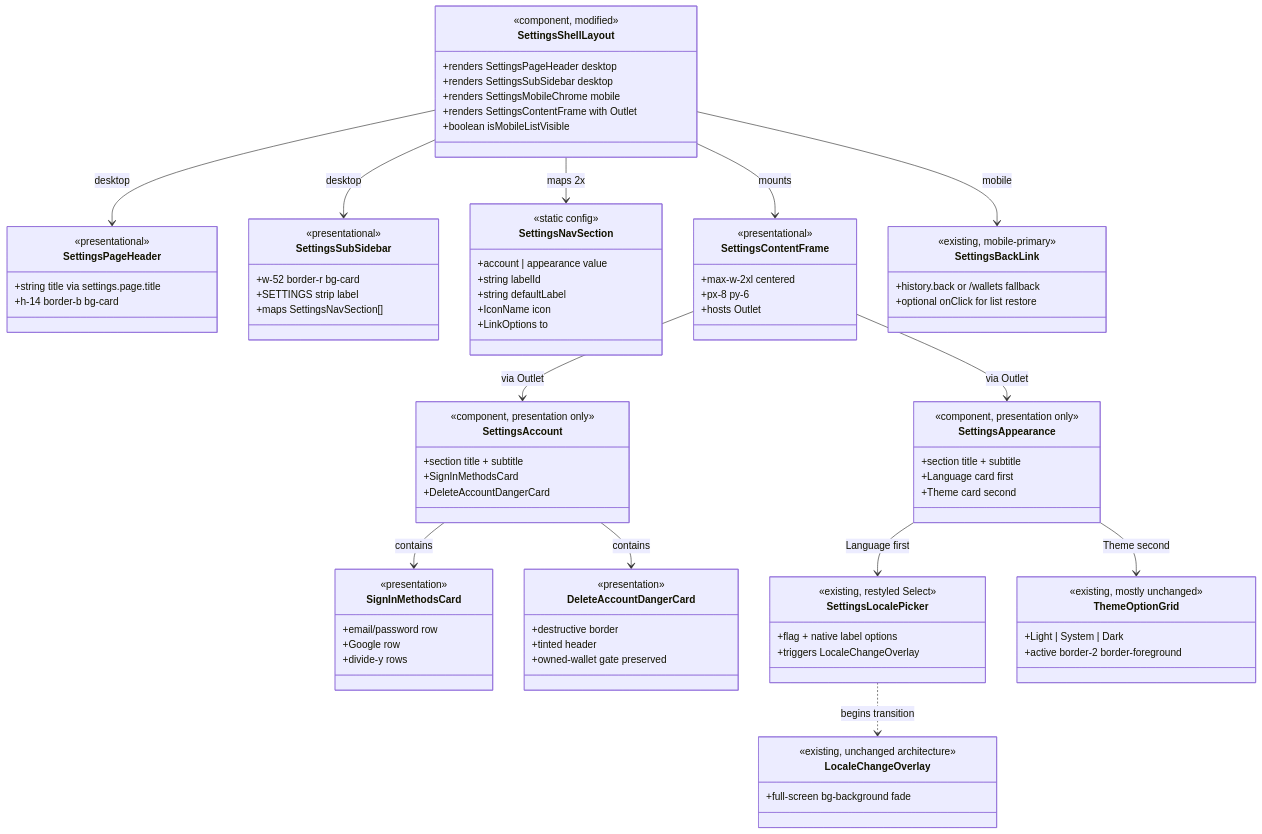
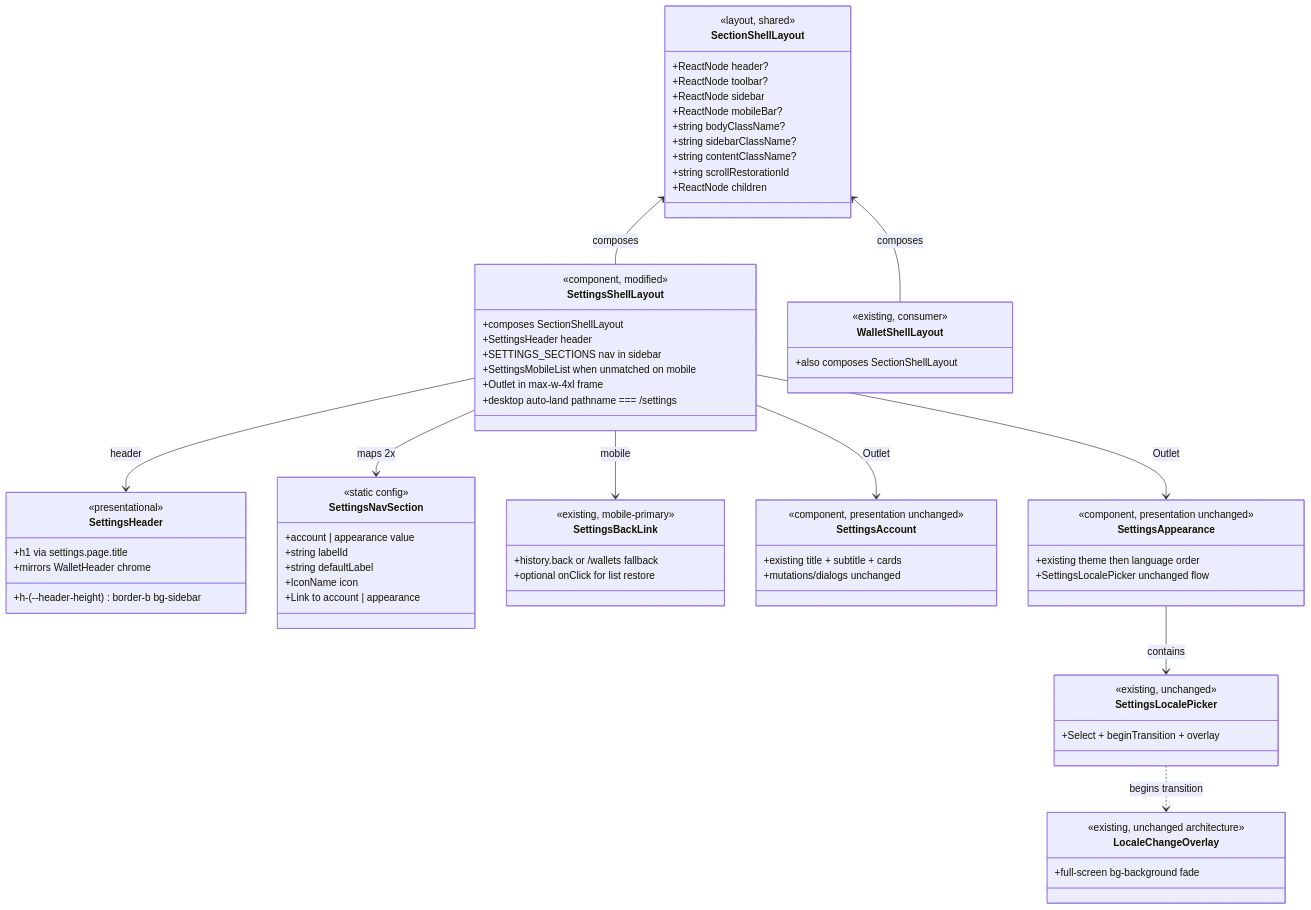
Before and after one commit to vhnam/ledger-box: the diagram in docs/spdd/prompt/GGQPA-XXX-202608080208-[Refactor]-ui-app-settings-layout.md, drawn with Mermaid. The commit also changed other lines of this file, not shown here.

Commit message:
docs: update GGQPA-XXX-202608080208-[Refactor]-ui-app-settings-layout

````diff
--- a/docs/spdd/prompt/GGQPA-XXX-202608080208-[Refactor]-ui-app-settings-layout.md
+++ b/docs/spdd/prompt/GGQPA-XXX-202608080208-[Refactor]-ui-app-settings-layout.md
@@ -10,26 +14,34 @@
 classDiagram
 direction TB
 
+class SectionShellLayout {
+    <<layout, shared>>
+    +ReactNode header?
+    +ReactNode toolbar?
+    +ReactNode sidebar
+    +ReactNode mobileBar?
+    +string bodyClassName?
+    +string sidebarClassName?
+    +string contentClassName?
+    +string scrollRestorationId
+    +ReactNode children
+}
+
 class SettingsShellLayout {
     <<component, modified>>
-    +renders SettingsPageHeader desktop
-    +renders SettingsSubSidebar desktop
-    +renders SettingsMobileChrome mobile
-    +renders SettingsContentFrame with Outlet
-    +boolean isMobileListVisible
+    +composes SectionShellLayout
+    +SettingsHeader header
+    +SETTINGS_SECTIONS nav in sidebar
+    +SettingsMobileList when unmatched on mobile
+    +Outlet in max-w-4xl frame
+    +desktop auto-land pathname === /settings
 }
 
-class SettingsPageHeader {
+class SettingsHeader {
     <<presentational>>
-    +string title via settings.page.title
-    +h-14 border-b bg-card
-}
-
-class SettingsSubSidebar {
-    <<presentational>>
-    +w-52 border-r bg-card
-    +SETTINGS strip label
-    +maps SettingsNavSection[]
+    +h1 via settings.page.title
+    +h-(--header-height) border-b bg-sidebar
+    +mirrors WalletHeader chrome
 }
 
 class SettingsNavSection {
@@ -38,14 +50,7 @@
     +string labelId
     +string defaultLabel
     +IconName icon
-    +LinkOptions to
-}
-
-class SettingsContentFrame {
-    <<presentational>>
-    +max-w-2xl centered
-    +px-8 py-6
-    +hosts Outlet
+    +Link to account | appearance
 }
 
 class SettingsBackLink {
@@ -55,43 +60,20 @@
 }
 
 class SettingsAccount {
-    <<component, presentation only>>
-    +section title + subtitle
-    +SignInMethodsCard
-    +DeleteAccountDangerCard
-}
-
-class SignInMethodsCard {
-    <<presentation>>
-    +email/password row
-    +Google row
-    +divide-y rows
-}
-
-class DeleteAccountDangerCard {
-    <<presentation>>
-    +destructive border
-    +tinted header
-    +owned-wallet gate preserved
+    <<component, presentation unchanged>>
+    +existing title + subtitle + cards
+    +mutations/dialogs unchanged
 }
 
 class SettingsAppearance {
-    <<component, presentation only>>
-    +section title + subtitle
-    +Language card first
-    +Theme card second
+    <<component, presentation unchanged>>
+    +existing theme then language order
+    +SettingsLocalePicker unchanged flow
 }
 
 class SettingsLocalePicker {
-    <<existing, restyled Select>>
-    +flag + native label options
-    +triggers LocaleChangeOverlay
-}
-
-class ThemeOptionGrid {
-    <<existing, mostly unchanged>>
-    +Light | System | Dark
-    +active border-2 border-foreground
+    <<existing, unchanged>>
+    +Select + beginTransition + overlay
 }
 
 class LocaleChangeOverlay {
@@ -99,16 +81,18 @@
     +full-screen bg-background fade
 }
 
-SettingsShellLayout --> SettingsPageHeader : desktop
-SettingsShellLayout --> SettingsSubSidebar : desktop
+class WalletShellLayout {
+    <<existing, consumer>>
+    +also composes SectionShellLayout
+}
+
+SectionShellLayout <-- SettingsShellLayout : composes
+SectionShellLayout <-- WalletShellLayout : composes
+SettingsShellLayout --> SettingsHeader : header
 SettingsShellLayout --> SettingsNavSection : maps 2x
-SettingsShellLayout --> SettingsContentFrame : mounts
 SettingsShellLayout --> SettingsBackLink : mobile
-SettingsContentFrame --> SettingsAccount : via Outlet
-SettingsContentFrame --> SettingsAppearance : via Outlet
-SettingsAccount --> SignInMethodsCard : contains
-SettingsAccount --> DeleteAccountDangerCard : contains
-SettingsAppearance --> SettingsLocalePicker : Language first
-SettingsAppearance --> ThemeOptionGrid : Theme second
+SettingsShellLayout --> SettingsAccount : Outlet
+SettingsShellLayout --> SettingsAppearance : Outlet
+SettingsAppearance --> SettingsLocalePicker : contains
 SettingsLocalePicker ..> LocaleChangeOverlay : begins transition
 ```
````
